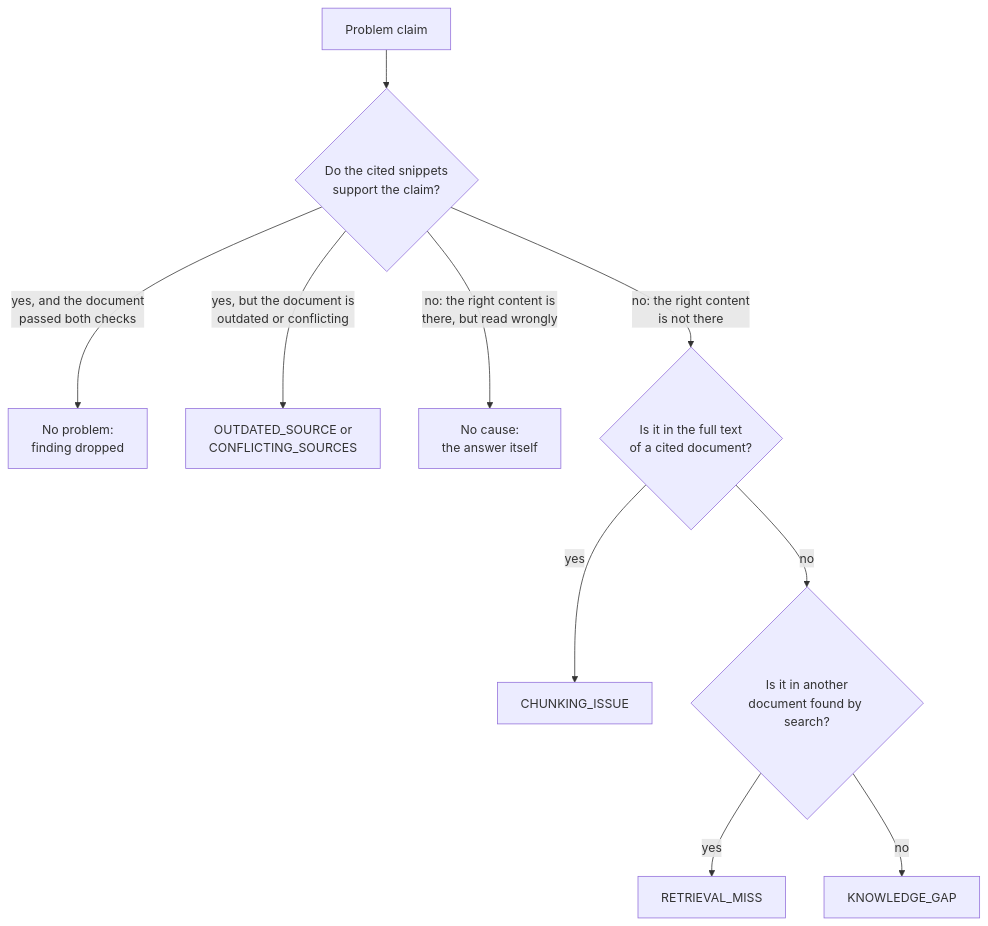
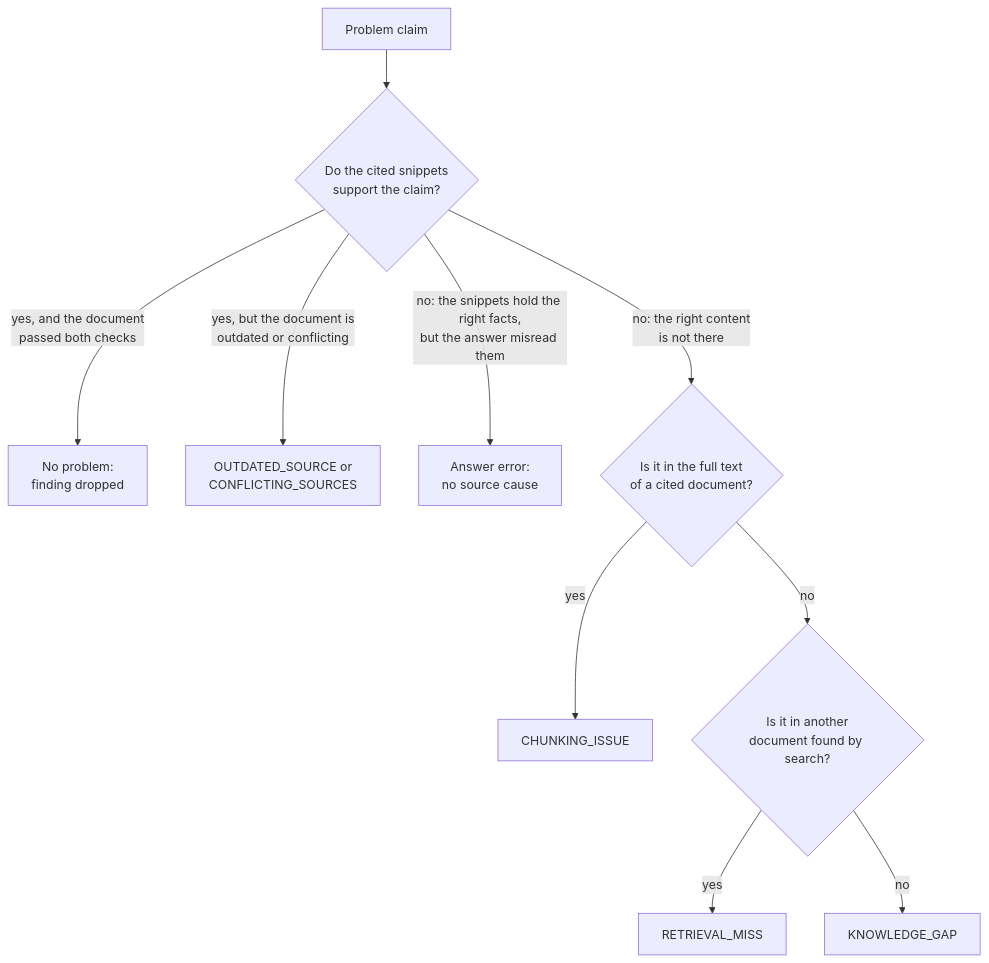
One commit to pborkowski-rtbh/conversation-analyzer changed the seventh of 9 diagrams in design-doc.md. Above: the diagram before and after it, drawn with Mermaid. The commit also changed other lines of this file, not shown here.

````diff
--- a/design-doc.md
+++ b/design-doc.md
@@ -643,12 +643,12 @@
 ```mermaid
 flowchart TD
     A["Problem claim"] --> B{"Do the cited snippets<br/>support the claim?"}
     B -->|"yes, and the document<br/>passed both checks"| OK["No problem:<br/>finding dropped"]
     B -->|"yes, but the document is<br/>outdated or conflicting"| OS["OUTDATED_SOURCE or<br/>CONFLICTING_SOURCES"]
-    B -->|"no: the right content is<br/>there, but read wrongly"| AN["No cause:<br/>the answer itself"]
+    B -->|"no: the snippets hold the right facts,<br/>but the answer misread them"| AN["Answer error:<br/>no source cause"]
     B -->|"no: the right content<br/>is not there"| C{"Is it in the full text<br/>of a cited document?"}
     C -->|"yes"| CH["CHUNKING_ISSUE"]
     C -->|"no"| D{"Is it in another<br/>document found by search?"}
     D -->|"yes"| RM["RETRIEVAL_MISS"]
     D -->|"no"| KG["KNOWLEDGE_GAP"]
 ```
````
